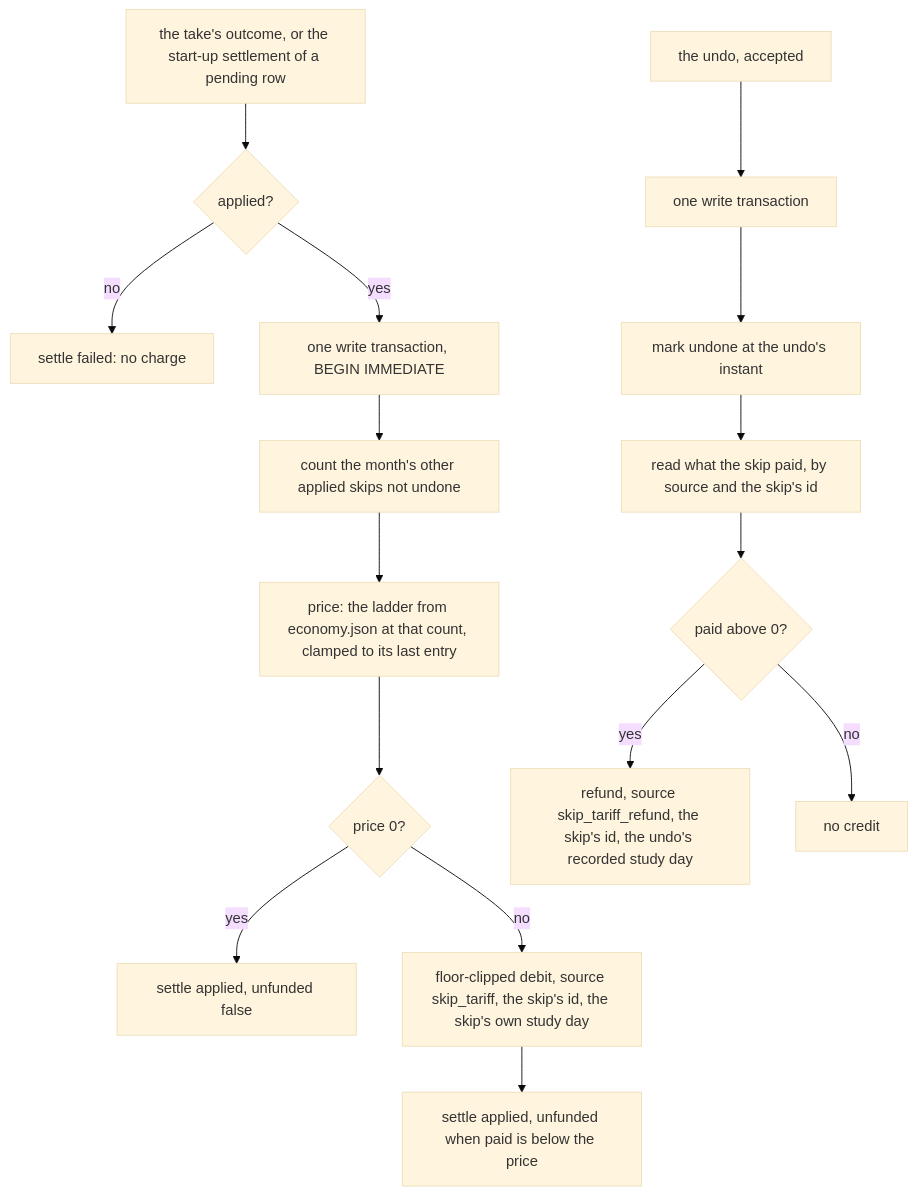
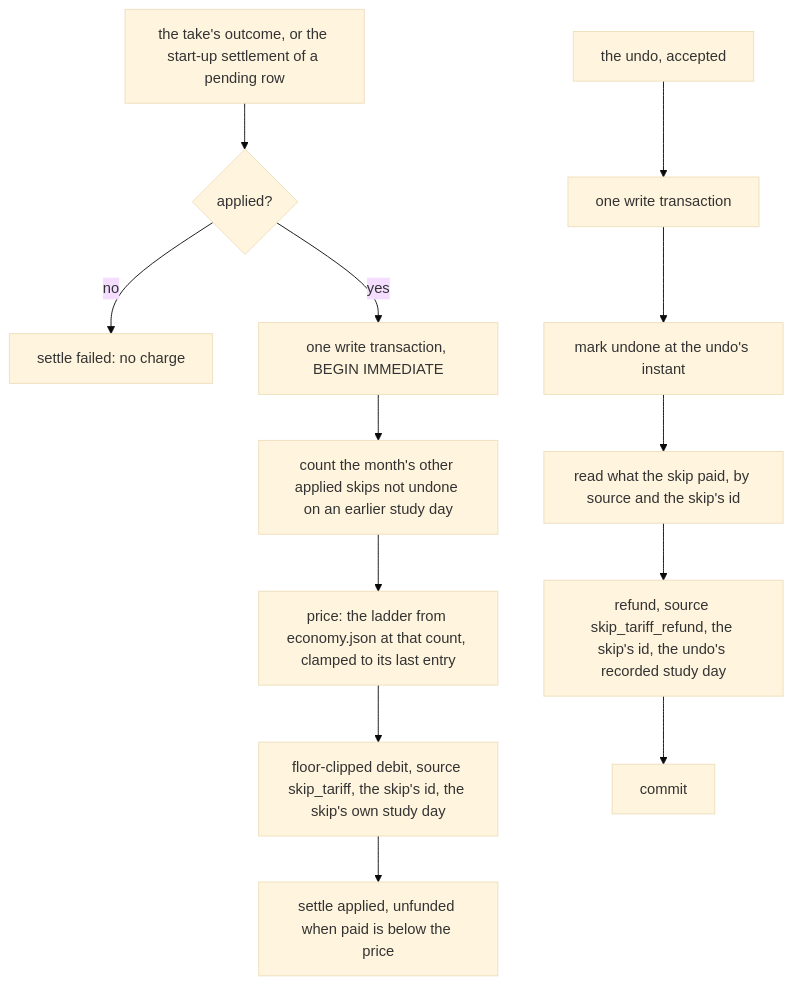
One commit to RexRenatus/deck-streak changed the fifth of 7 diagrams in docs/schematics/skip-day-record-and-effects.md. Above: the diagram before and after it, drawn with Mermaid (base theme).

Commit message:
docs(schematics): the skip settlement draws D13 and no price branch

````diff
--- a/docs/schematics/skip-day-record-and-effects.md
+++ b/docs/schematics/skip-day-record-and-effects.md
@@ -150,18 +150,15 @@
 ```mermaid
 flowchart TD
   take["the take's outcome, or the start-up settlement of a pending row"] --> applied{"applied?"}
   applied -- "no" --> failed["settle failed: no charge"]
   applied -- "yes" --> tx["one write transaction, BEGIN IMMEDIATE"]
-  tx --> count["count the month's other applied skips not undone"]
+  tx --> count["count the month's other applied skips not undone on an earlier study day"]
   count --> price["price: the ladder from economy.json at that count, clamped to its last entry"]
-  price --> zero{"price 0?"}
-  zero -- "yes" --> settle["settle applied, unfunded false"]
-  zero -- "no" --> debit["floor-clipped debit, source skip_tariff, the skip's id, the skip's own study day"]
-  debit --> settle2["settle applied, unfunded when paid is below the price"]
+  price --> debit["floor-clipped debit, source skip_tariff, the skip's id, the skip's own study day"]
+  debit --> settle["settle applied, unfunded when paid is below the price"]
   undo["the undo, accepted"] --> utx["one write transaction"]
   utx --> mark["mark undone at the undo's instant"]
   mark --> paid["read what the skip paid, by source and the skip's id"]
-  paid --> credit{"paid above 0?"}
-  credit -- "yes" --> refund["refund, source skip_tariff_refund, the skip's id, the undo's recorded study day"]
-  credit -- "no" --> nothing["no credit"]
+  paid --> refund["refund, source skip_tariff_refund, the skip's id, the undo's recorded study day"]
+  refund --> commit["commit"]
 ```
````
